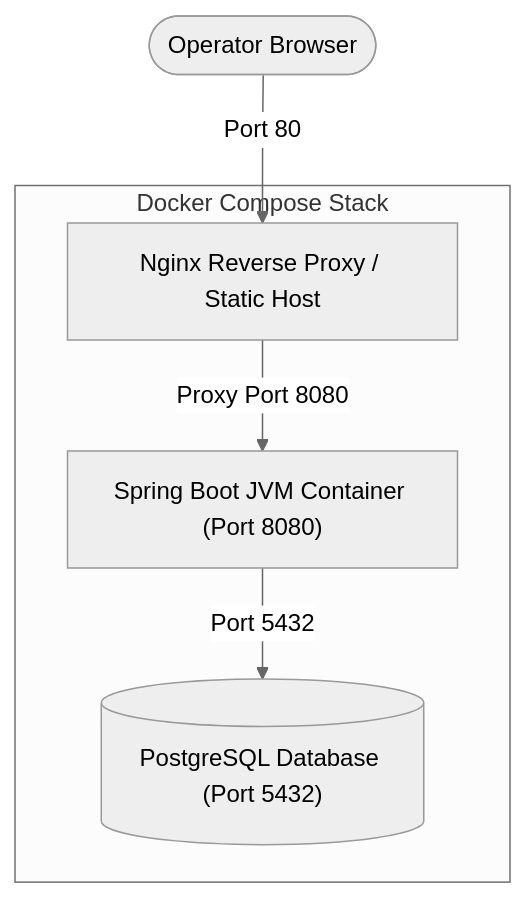
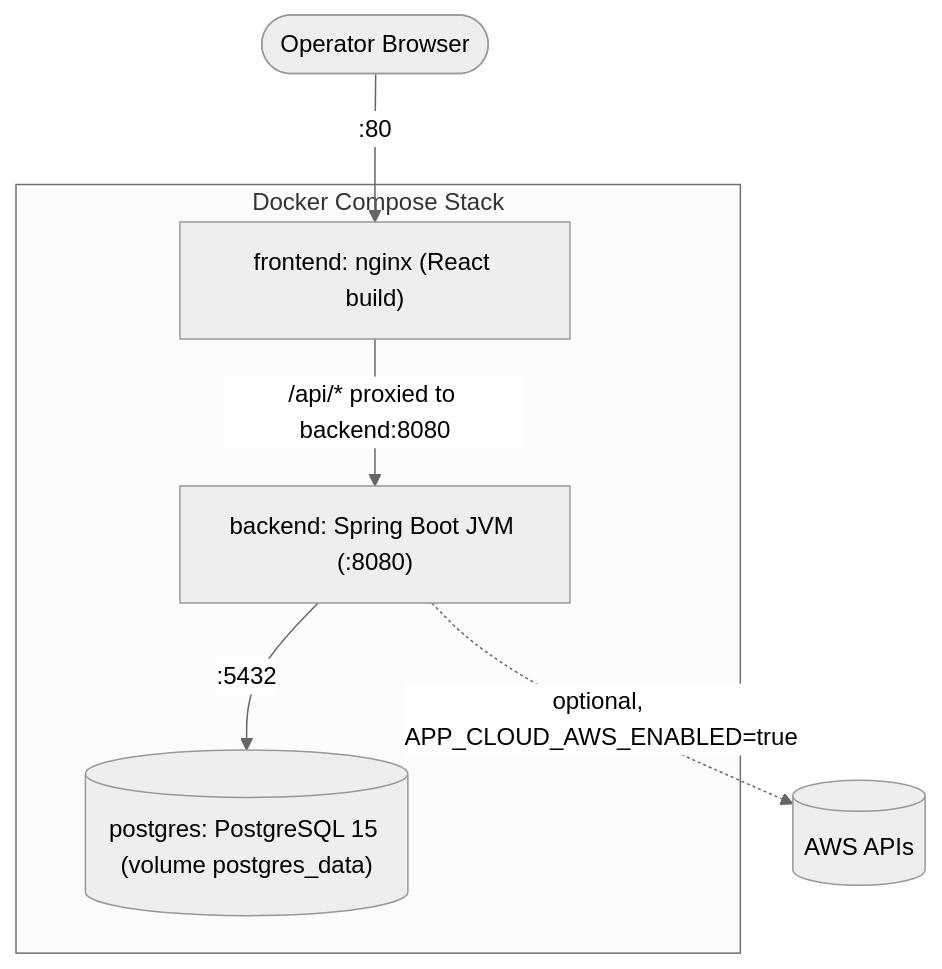
Before and after one commit to IntertecAitools/Secops_SENTINELCORE_App: the third of 3 diagrams in README.md, drawn with Mermaid (neutral theme). The commit also changed other lines of this file and 115 other files, not shown here.

````diff
--- a/README.md
+++ b/README.md
@@ -215,9 +313,11 @@
 ```mermaid
 graph TD
-    Client([Operator Browser]) -->|Port 80| Nginx["Nginx Reverse Proxy / Static Host"]
-    
+    Client([Operator Browser]) -->|":80"| Nginx["frontend: nginx (React build)"]
+
     subgraph Docker Compose Stack
-        Nginx -->|Proxy Port 8080| Backend["Spring Boot JVM Container (Port 8080)"]
-        Backend -->|Port 5432| DB[("PostgreSQL Database (Port 5432)")]
+        Nginx -->|"/api/* proxied to backend:8080"| Backend["backend: Spring Boot JVM (:8080)"]
+        Backend -->|":5432"| DB[("postgres: PostgreSQL 15 (volume postgres_data)")]
     end
+
+    Backend -.->|"optional, APP_CLOUD_AWS_ENABLED=true"| AWS[("AWS APIs")]
 ```
````
